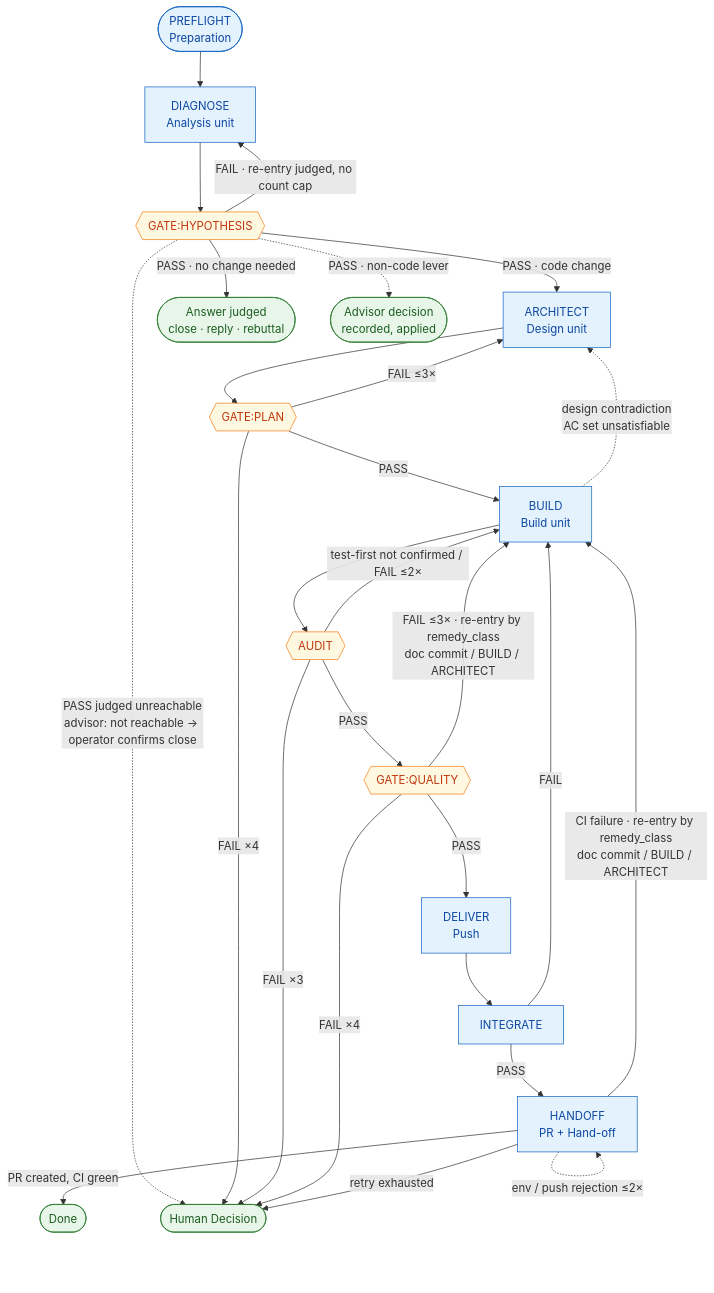
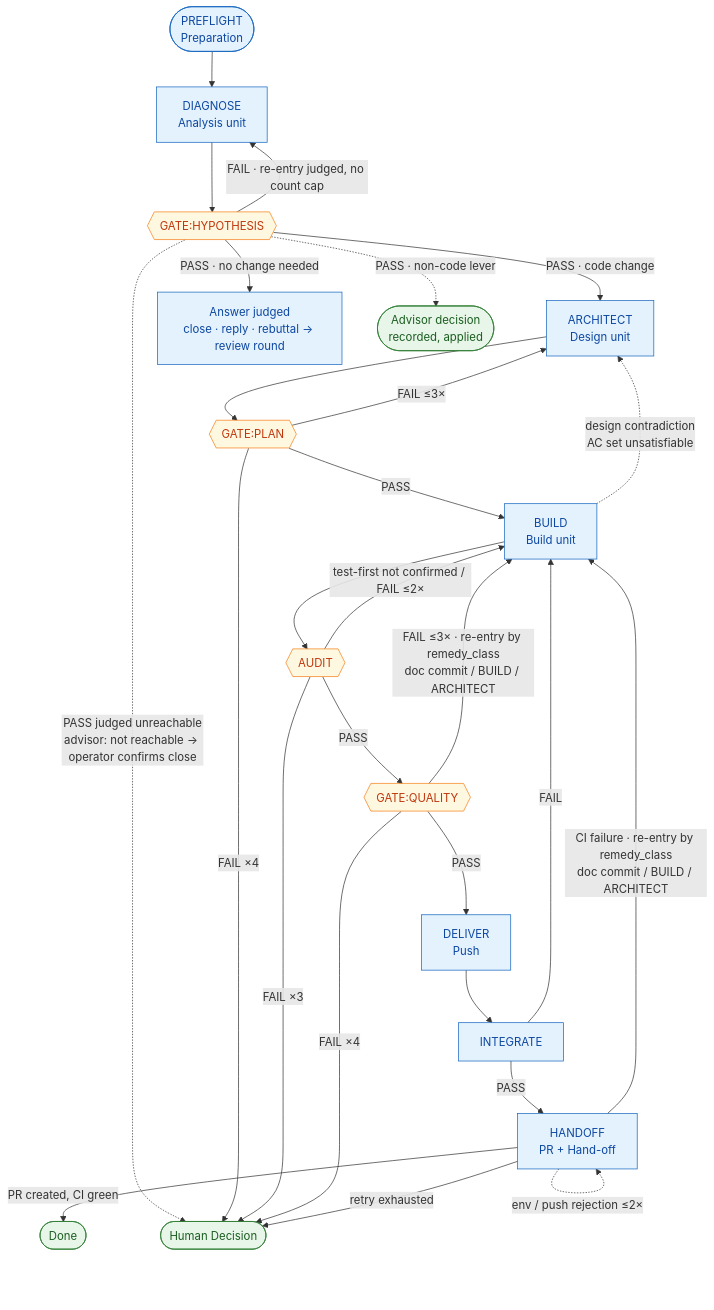
One commit to Munsik-Park/autoflow changed the diagram in docs/autoflow-guide.md. Above: the diagram before and after it, drawn with Mermaid. The commit also changed 2 other files, not shown here.

Commit message:
docs(#420): review round 6 — the guide draws the judged answer as a step; the evaluator reads the stated as-is as a ground
The mermaid node for a `no change needed` answer is no longer terminal: a
rebuttal goes on to a review round. GATE:HYPOTHESIS gets a direction, not a
rule: the request and as-is the report states are grounds the evaluator
reads against the trigger target and the branch it finds.

Next: push and run review round 7

````diff
--- a/docs/autoflow-guide.md
+++ b/docs/autoflow-guide.md
@@ -52,49 +52,49 @@
 ```mermaid
 flowchart TD
     PRE([PREFLIGHT<br/>Preparation]):::phase
     DIA[DIAGNOSE<br/>Analysis unit]:::phase
     HYP{{GATE:HYPOTHESIS}}:::gate
     ARC[ARCHITECT<br/>Design unit]:::phase
     PLAN{{GATE:PLAN}}:::gate
     BLD[BUILD<br/>Build unit]:::phase
     AUD{{AUDIT}}:::gate
     QUAL{{GATE:QUALITY}}:::gate
     DEL[DELIVER<br/>Push]:::phase
     INT[INTEGRATE]:::phase
     HAND[HANDOFF<br/>PR + Hand-off]:::phase
-    ANS([Answer judged<br/>close · reply · rebuttal]):::terminal
+    ANS[Answer judged<br/>close · reply · rebuttal → review round]:::phase
     DONE([Done]):::terminal
     HUMAN([Human Decision]):::terminal
     ADV([Advisor decision<br/>recorded, applied]):::terminal
 
     PRE --> DIA
     DIA --> HYP
     HYP -->|PASS · no change needed| ANS
     HYP -.->|PASS · non-code lever| ADV
     HYP -->|PASS · code change| ARC
     HYP -->|FAIL · re-entry judged, no count cap| DIA
     HYP -.->|PASS judged unreachable<br/>advisor: not reachable → operator confirms close| HUMAN
     ARC --> PLAN
     PLAN -->|PASS| BLD
     PLAN -->|FAIL ≤3×| ARC
     PLAN -->|FAIL ×4| HUMAN
     BLD --> AUD
     BLD -.->|design contradiction<br/>AC set unsatisfiable| ARC
     AUD -->|test-first not confirmed / FAIL ≤2×| BLD
     AUD -->|FAIL ×3| HUMAN
     AUD -->|PASS| QUAL
     QUAL -->|PASS| DEL
     QUAL -->|FAIL ≤3× · re-entry by remedy_class<br/>doc commit / BUILD / ARCHITECT| BLD
     QUAL -->|FAIL ×4| HUMAN
     DEL --> INT
     INT -->|FAIL| BLD
     INT -->|PASS| HAND
     HAND -.->|env / push rejection ≤2×| HAND
     HAND -->|CI failure · re-entry by remedy_class<br/>doc commit / BUILD / ARCHITECT| BLD
     HAND -->|retry exhausted| HUMAN
     HAND -->|PR created, CI green| DONE
 
     classDef phase fill:#e3f2fd,stroke:#1565c0,color:#0d47a1
     classDef gate fill:#fff8e1,stroke:#f57f17,color:#bf360c
     classDef terminal fill:#e8f5e9,stroke:#2e7d32,color:#1b5e20
 ```
````
